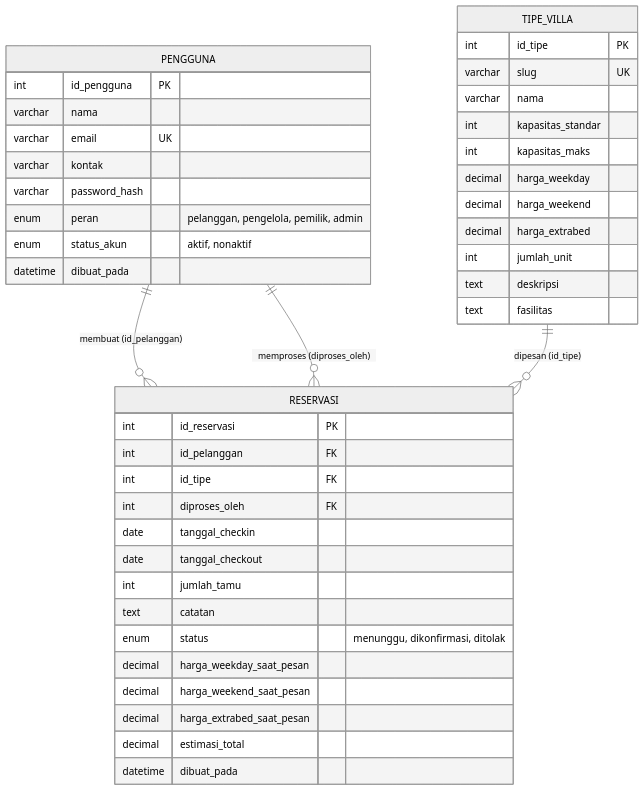
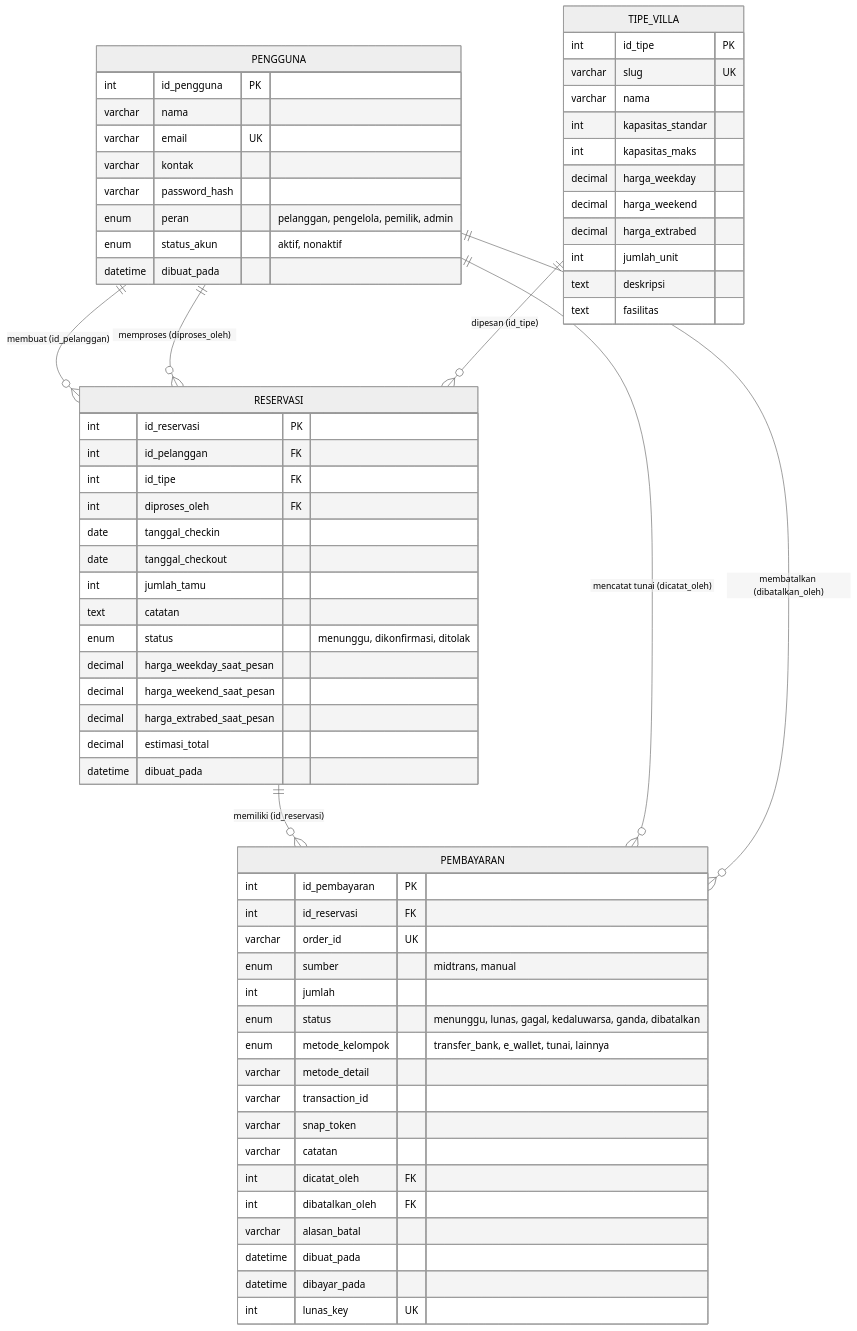
The diagram in docs/STRUKTUR_DATABASE.md (farhan123853/Proyek3), drawn with Mermaid (neutral theme) before and after one commit. The commit also changed other lines of this file and 6 other files, not shown here.

Commit message:
feat(tahap-3): skema database tabel pembayaran dan aturan satu-lunas

````diff
--- a/docs/STRUKTUR_DATABASE.md
+++ b/docs/STRUKTUR_DATABASE.md
@@ -9,48 +9,71 @@
 ```mermaid
 erDiagram
     PENGGUNA ||--o{ RESERVASI : "membuat (id_pelanggan)"
     PENGGUNA ||--o{ RESERVASI : "memproses (diproses_oleh)"
     TIPE_VILLA ||--o{ RESERVASI : "dipesan (id_tipe)"
+    RESERVASI ||--o{ PEMBAYARAN : "memiliki (id_reservasi)"
+    PENGGUNA ||--o{ PEMBAYARAN : "mencatat tunai (dicatat_oleh)"
+    PENGGUNA ||--o{ PEMBAYARAN : "membatalkan (dibatalkan_oleh)"
 
     PENGGUNA {
         int id_pengguna PK
         varchar nama
         varchar email UK
         varchar kontak
         varchar password_hash
         enum peran "pelanggan, pengelola, pemilik, admin"
         enum status_akun "aktif, nonaktif"
         datetime dibuat_pada
     }
 
     TIPE_VILLA {
         int id_tipe PK
         varchar slug UK
         varchar nama
         int kapasitas_standar
         int kapasitas_maks
         decimal harga_weekday
         decimal harga_weekend
         decimal harga_extrabed
         int jumlah_unit
         text deskripsi
         text fasilitas
     }
 
     RESERVASI {
         int id_reservasi PK
         int id_pelanggan FK
         int id_tipe FK
         int diproses_oleh FK
         date tanggal_checkin
         date tanggal_checkout
         int jumlah_tamu
         text catatan
         enum status "menunggu, dikonfirmasi, ditolak"
         decimal harga_weekday_saat_pesan
         decimal harga_weekend_saat_pesan
         decimal harga_extrabed_saat_pesan
         decimal estimasi_total
         datetime dibuat_pada
     }
+
+    PEMBAYARAN {
+        int id_pembayaran PK
+        int id_reservasi FK
+        varchar order_id UK
+        enum sumber "midtrans, manual"
+        int jumlah
+        enum status "menunggu, lunas, gagal, kedaluwarsa, ganda, dibatalkan"
+        enum metode_kelompok "transfer_bank, e_wallet, tunai, lainnya"
+        varchar metode_detail
+        varchar transaction_id
+        varchar snap_token
+        varchar catatan
+        int dicatat_oleh FK
+        int dibatalkan_oleh FK
+        varchar alasan_batal
+        datetime dibuat_pada
+        datetime dibayar_pada
+        int lunas_key UK
+    }
 ```
````
